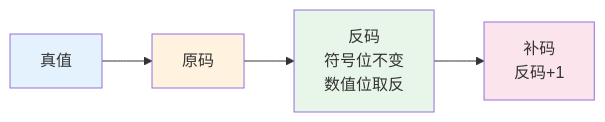
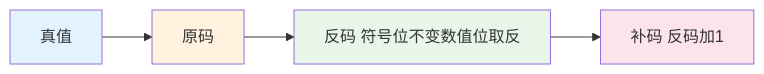
The second of 3 diagrams in 计算机组成原理/notes/章节笔记/第2章-运算方法和运算器/第2章-2.1-数据与文字的表示方法.md (gilismael826-lgtm/course), drawn with Mermaid before and after one commit. The commit also changed other lines of this file and 28 other files, not shown here.

````diff
--- a/计算机组成原理/notes/章节笔记/第2章-运算方法和运算器/第2章-2.1-数据与文字的表示方法.md
+++ b/计算机组成原理/notes/章节笔记/第2章-运算方法和运算器/第2章-2.1-数据与文字的表示方法.md
@@ -185,11 +185,11 @@
 ```mermaid
 flowchart LR
     A[真值] --> B[原码]
-    B --> C[反码<br/>符号位不变<br/>数值位取反]
-    C --> D[补码<br/>反码+1]
+    B --> C[反码 符号位不变数值位取反]
+    C --> D[补码 反码加1]
     
     style A fill:#e3f2fd
     style B fill:#fff3e0
     style C fill:#e8f5e9
     style D fill:#fce4ec
 ```
````
